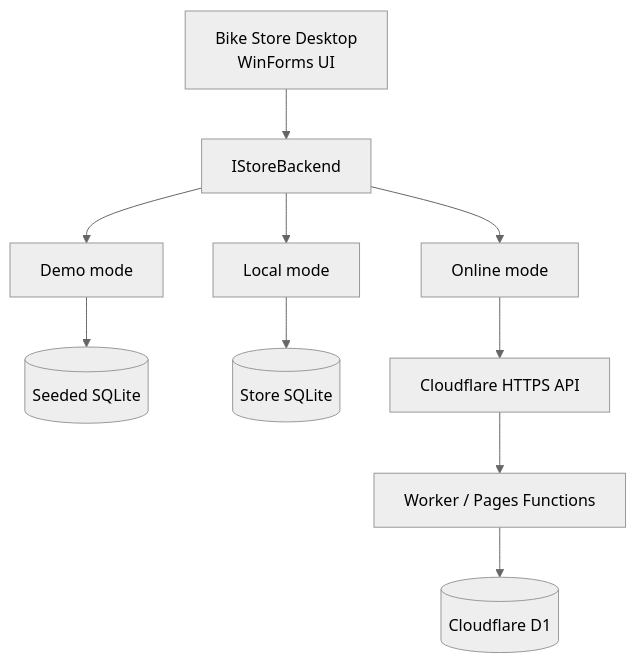
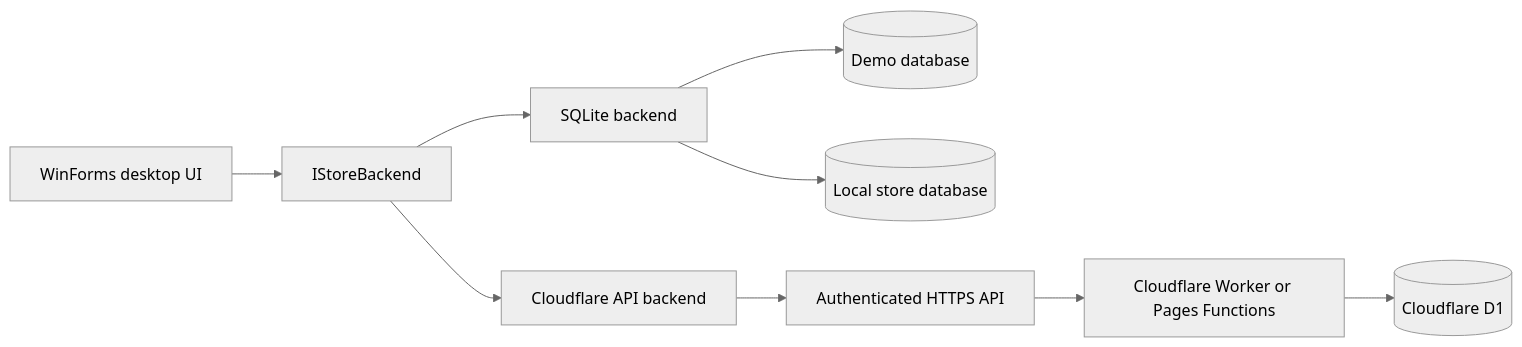
One commit to jason1511/Bike-STore-Project changed the diagram in README.md. Above: the diagram before and after it, drawn with Mermaid (neutral theme). The commit also changed other lines of this file, not shown here.

````diff
--- a/README.md
+++ b/README.md
@@ -72,25 +139,11 @@
 ```mermaid
-flowchart TD
-    desktop["Bike Store Desktop<br/>WinForms UI"]
-    backend["IStoreBackend"]
-
-    demo["Demo mode"]
-    local["Local mode"]
-    online["Online mode"]
-
-    demoDb[("Seeded SQLite")]
-    localDb[("Store SQLite")]
-    api["Cloudflare HTTPS API"]
-    worker["Worker / Pages Functions"]
-    cloudDb[("Cloudflare D1")]
-
-    desktop --> backend
-    backend --> demo
-    backend --> local
-    backend --> online
-    demo --> demoDb
-    local --> localDb
-    online --> api
-    api --> worker
-    worker --> cloudDb
+flowchart LR
+    UI[WinForms desktop UI] --> Contract[IStoreBackend]
+    Contract --> SQLite[SQLite backend]
+    Contract --> Online[Cloudflare API backend]
+    SQLite --> DemoDB[(Demo database)]
+    SQLite --> LocalDB[(Local store database)]
+    Online --> HTTPS[Authenticated HTTPS API]
+    HTTPS --> Worker[Cloudflare Worker or Pages Functions]
+    Worker --> D1[(Cloudflare D1)]
 ```
````
